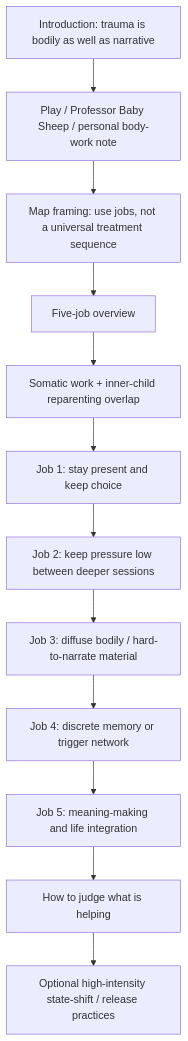
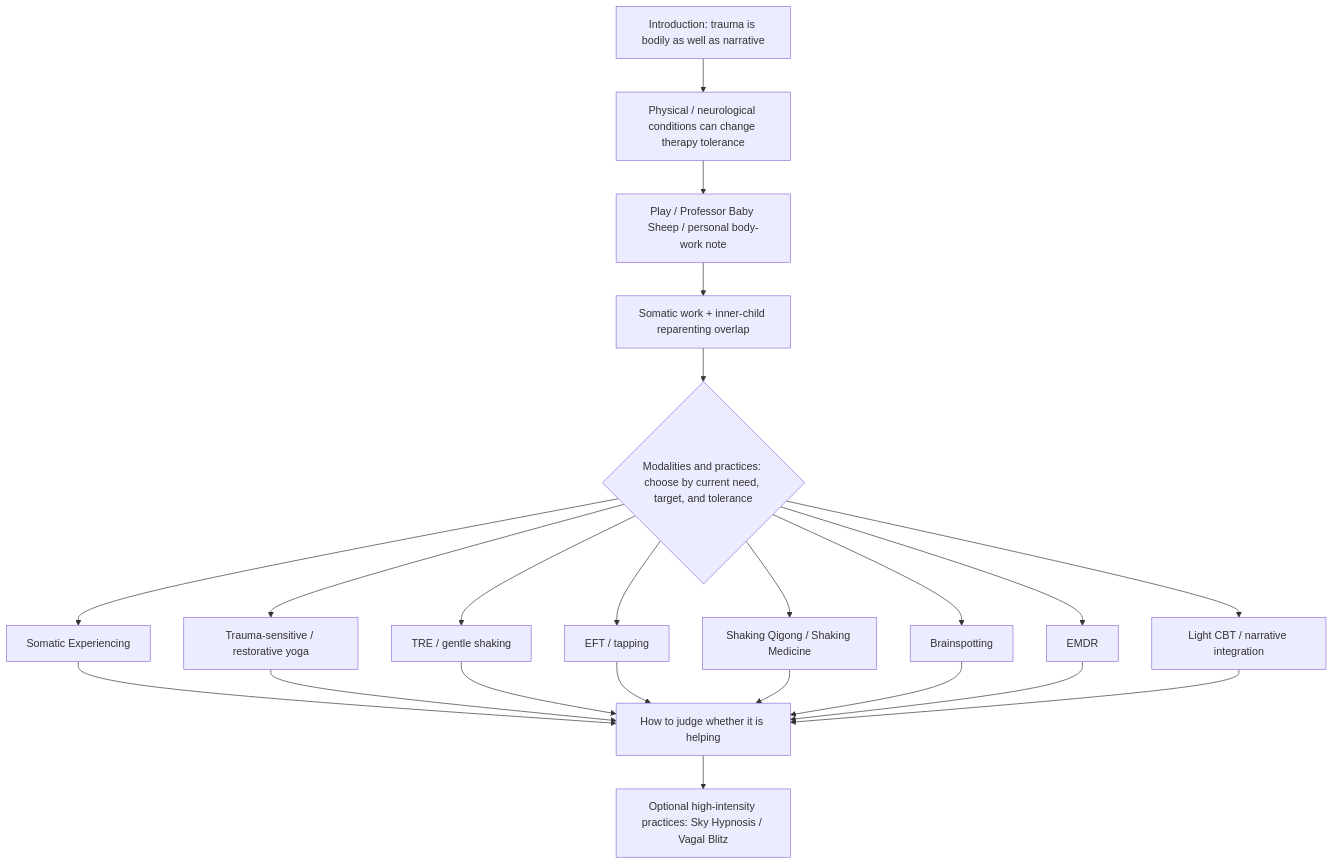
One commit to u-dont-existDOTcom/joel-articles changed the diagram in articles/somatic-therapies/ARCHITECTURE.md. Above: the diagram before and after it, drawn with Mermaid. The commit also changed other lines of this file, not shown here.

Commit message:
Replace Somatic five-job architecture with modality-centered structure

````diff
--- a/articles/somatic-therapies/ARCHITECTURE.md
+++ b/articles/somatic-therapies/ARCHITECTURE.md
@@ -8,14 +10,26 @@
 ```mermaid
 flowchart TD
-    A[Introduction: trauma is bodily as well as narrative] --> B[Play / Professor Baby Sheep / personal body-work note]
-    B --> C[Map framing: use jobs, not a universal treatment sequence]
-    C --> D[Five-job overview]
-    D --> E[Somatic work + inner-child reparenting overlap]
-    E --> J1[Job 1: stay present and keep choice]
-    J1 --> J2[Job 2: keep pressure low between deeper sessions]
-    J2 --> J3[Job 3: diffuse bodily / hard-to-narrate material]
-    J3 --> J4[Job 4: discrete memory or trigger network]
-    J4 --> J5[Job 5: meaning-making and life integration]
-    J5 --> H[How to judge what is helping]
-    H --> X[Optional high-intensity state-shift / release practices]
+    A[Introduction: trauma is bodily as well as narrative] --> N[Physical / neurological conditions can change therapy tolerance]
+    N --> P[Play / Professor Baby Sheep / personal body-work note]
+    P --> I[Somatic work + inner-child reparenting overlap]
+    I --> M{Modalities and practices: choose by current need, target, and tolerance}
+
+    M --> SE[Somatic Experiencing]
+    M --> Y[Trauma-sensitive / restorative yoga]
+    M --> T[TRE / gentle shaking]
+    M --> E[EFT / tapping]
+    M --> Q[Shaking Qigong / Shaking Medicine]
+    M --> B[Brainspotting]
+    M --> R[EMDR]
+    M --> C[Light CBT / narrative integration]
+
+    SE --> H[How to judge whether it is helping]
+    Y --> H
+    T --> H
+    E --> H
+    Q --> H
+    B --> H
+    R --> H
+    C --> H
+    H --> X[Optional high-intensity practices: Sky Hypnosis / Vagal Blitz]
 ```
````
